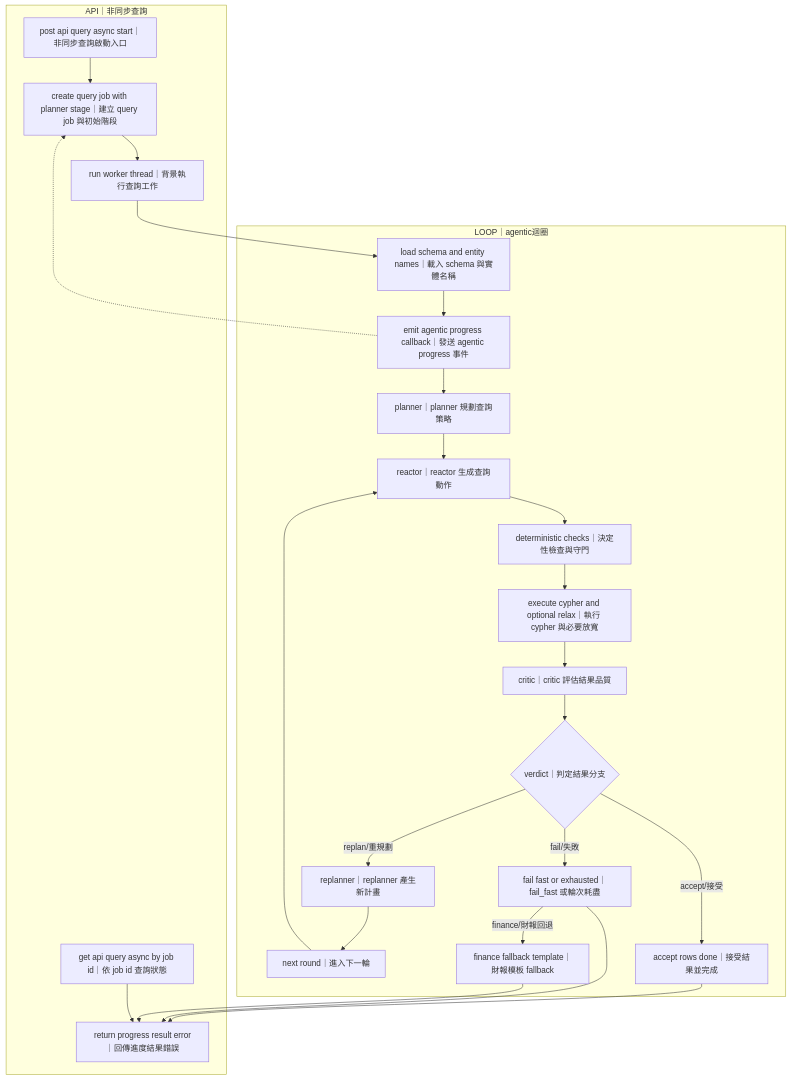
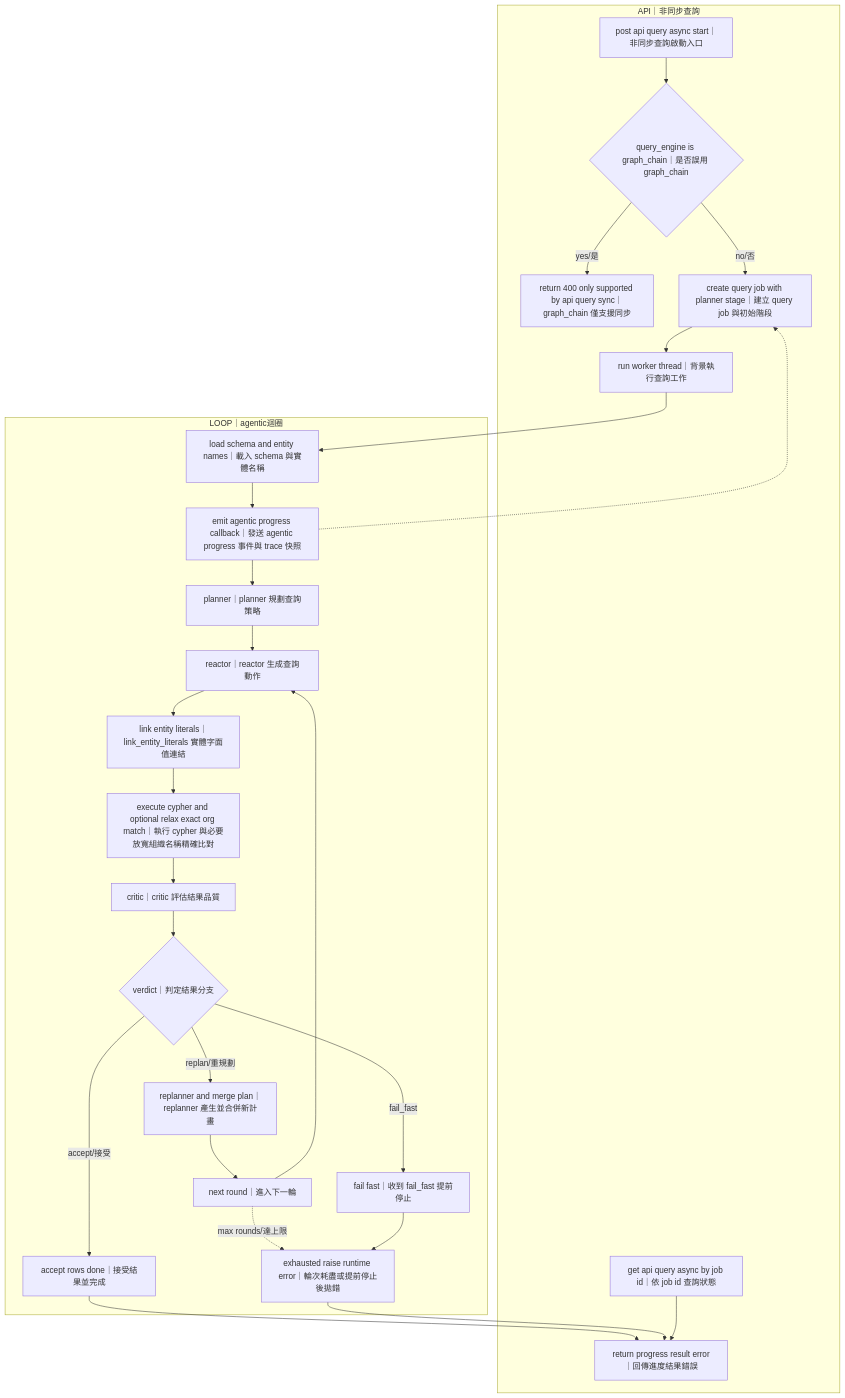
Before and after one commit to shibatatsuyasilver/knowledge-graph: the fifth of 7 diagrams in PROJECT_ISSUES_STATUS.md, drawn with Mermaid. The commit also changed other lines of this file and 60 other files, not shown here.

````diff
--- a/PROJECT_ISSUES_STATUS.md
+++ b/PROJECT_ISSUES_STATUS.md
@@ -335,48 +392,52 @@
 ```mermaid
 flowchart TB
     subgraph API["API｜非同步查詢"]
         E1[post api query async start｜非同步查詢啟動入口]
+        E1A{query_engine is graph_chain｜是否誤用 graph_chain}
+        E1B[return 400 only supported by api query sync｜graph_chain 僅支援同步]
         E2[create query job with planner stage｜建立 query job 與初始階段]
         E3[run worker thread｜背景執行查詢工作]
         E4[get api query async by job id｜依 job id 查詢狀態]
         E5[return progress result error｜回傳進度結果錯誤]
     end
 
     subgraph LOOP["LOOP｜agentic迴圈"]
         F1[load schema and entity names｜載入 schema 與實體名稱]
-        F2[emit agentic progress callback｜發送 agentic progress 事件]
+        F2[emit agentic progress callback｜發送 agentic progress 事件與 trace 快照]
         F3[planner｜planner 規劃查詢策略]
         F4[reactor｜reactor 生成查詢動作]
-        F5[deterministic checks｜決定性檢查與守門]
-        F6[execute cypher and optional relax｜執行 cypher 與必要放寬]
+        F5[link entity literals｜link_entity_literals 實體字面值連結]
+        F6[execute cypher and optional relax exact org match｜執行 cypher 與必要放寬組織名稱精確比對]
         F7[critic｜critic 評估結果品質]
         F8{verdict｜判定結果分支}
-        F9[replanner｜replanner 產生新計畫]
+        F9[replanner and merge plan｜replanner 產生並合併新計畫]
         F10[next round｜進入下一輪]
         F11[accept rows done｜接受結果並完成]
-        F12[fail fast or exhausted｜fail_fast 或輪次耗盡]
-        F13[finance fallback template｜財報模板 fallback]
+        F12[fail fast｜收到 fail_fast 提前停止]
+        F13[exhausted raise runtime error｜輪次耗盡或提前停止後拋錯]
     end
 
-    E1 --> E2
+    E1 --> E1A
+    E1A -- yes/是 --> E1B
+    E1A -- no/否 --> E2
     E2 --> E3
     E3 --> F1
     F1 --> F2
     F2 --> F3
     F3 --> F4
     F4 --> F5
     F5 --> F6
     F6 --> F7
     F7 --> F8
     F8 -- accept/接受 --> F11
     F8 -- replan/重規劃 --> F9
     F9 --> F10
     F10 --> F4
-    F8 -- fail/失敗 --> F12
-    F12 -- finance/財報回退 --> F13
+    F10 -. max rounds/達上限 .-> F13
+    F8 -- fail_fast --> F12
+    F12 --> F13
     F2 -.-> E2
     F11 --> E5
-    F12 --> E5
     F13 --> E5
     E4 --> E5
 ```
````
